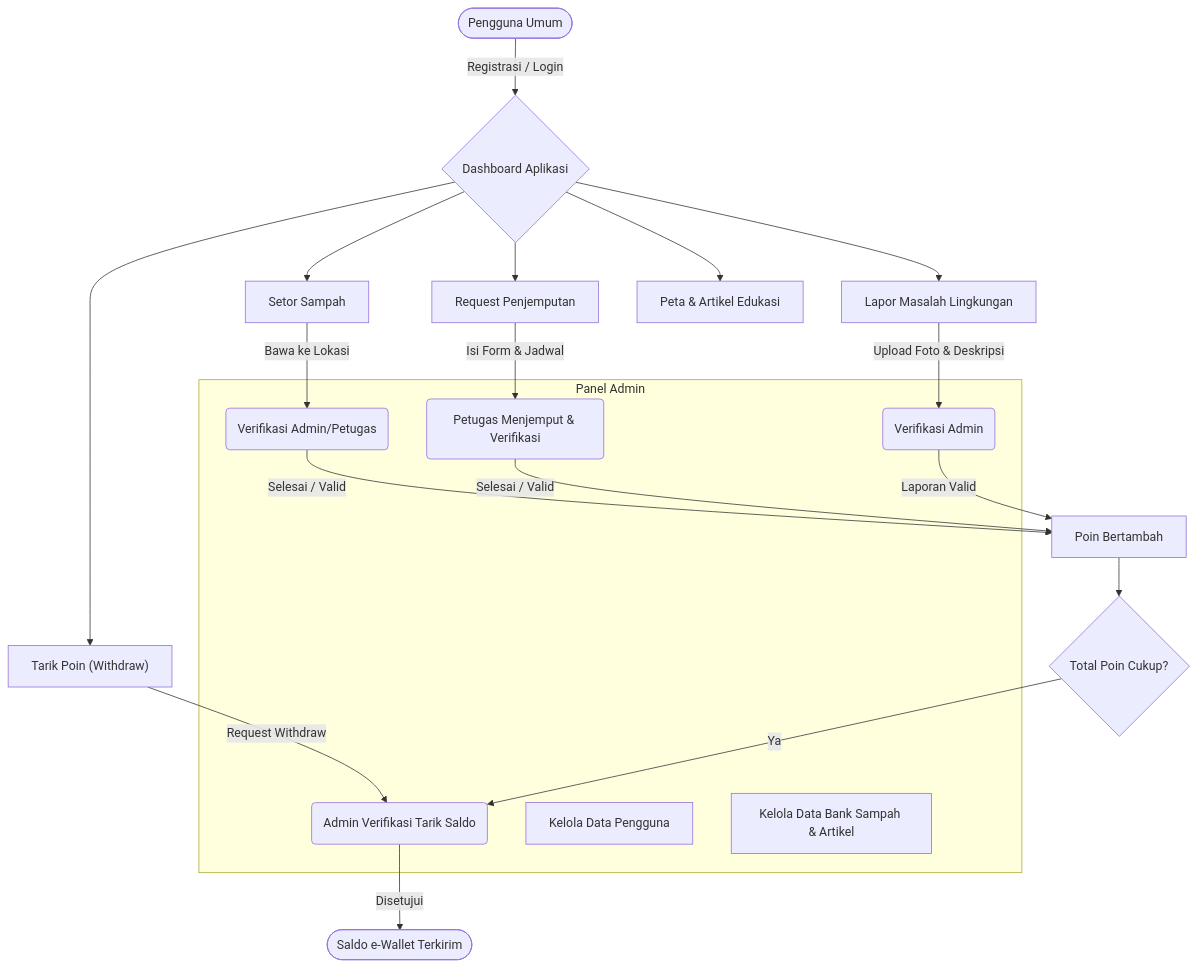
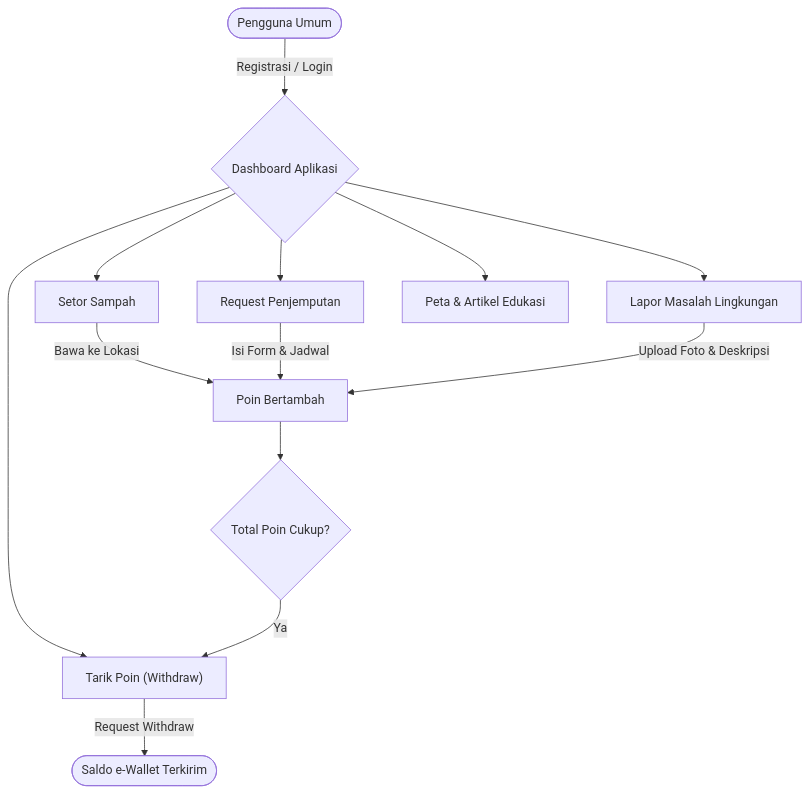
One commit to cimengabu/webPjbl changed the diagram in README.md. Above: the diagram before and after it, drawn with Mermaid.

Commit message:
docs: remove admin role from flowchart

````diff
--- a/README.md
+++ b/README.md
@@ -44,34 +44,19 @@
 ```mermaid
 flowchart TD
     A([Pengguna Umum]) -->|Registrasi / Login| B{Dashboard Aplikasi}
     
     B --> C[Setor Sampah]
     B --> D[Request Penjemputan]
     B --> E[Lapor Masalah Lingkungan]
     B --> F["Tarik Poin (Withdraw)"]
     B --> G[Peta & Artikel Edukasi]
     
-    C -->|Bawa ke Lokasi| H(Verifikasi Admin/Petugas)
-    D -->|Isi Form & Jadwal| I(Petugas Menjemput & Verifikasi)
-    E -->|Upload Foto & Deskripsi| J(Verifikasi Admin)
-    
-    H -->|Selesai / Valid| K[Poin Bertambah]
-    I -->|Selesai / Valid| K
-    J -->|Laporan Valid| K
+    C -->|Bawa ke Lokasi| K[Poin Bertambah]
+    D -->|Isi Form & Jadwal| K
+    E -->|Upload Foto & Deskripsi| K
     
     K --> L{Total Poin Cukup?}
     
-    F -->|Request Withdraw| M(Admin Verifikasi Tarik Saldo)
-    L -->|Ya| M
-    
-    M -->|Disetujui| N([Saldo e-Wallet Terkirim])
-    
-    subgraph AdminPanel [Panel Admin]
-        H
-        I
-        J
-        M
-        O[Kelola Data Pengguna]
-        P[Kelola Data Bank Sampah & Artikel]
-    end
+    L -->|Ya| F
+    F -->|Request Withdraw| N([Saldo e-Wallet Terkirim])
 ```
````
